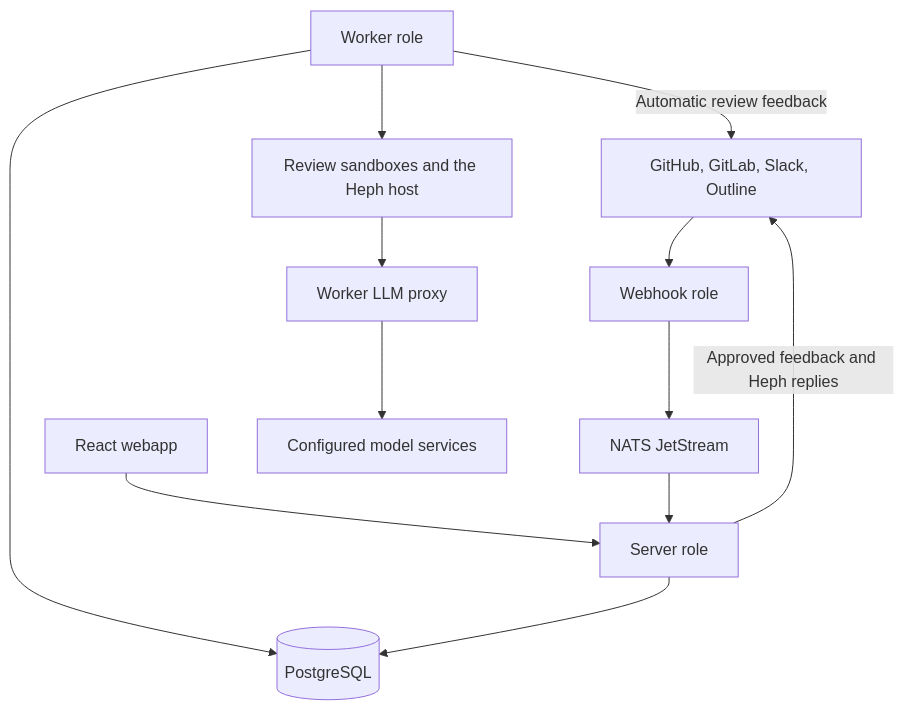
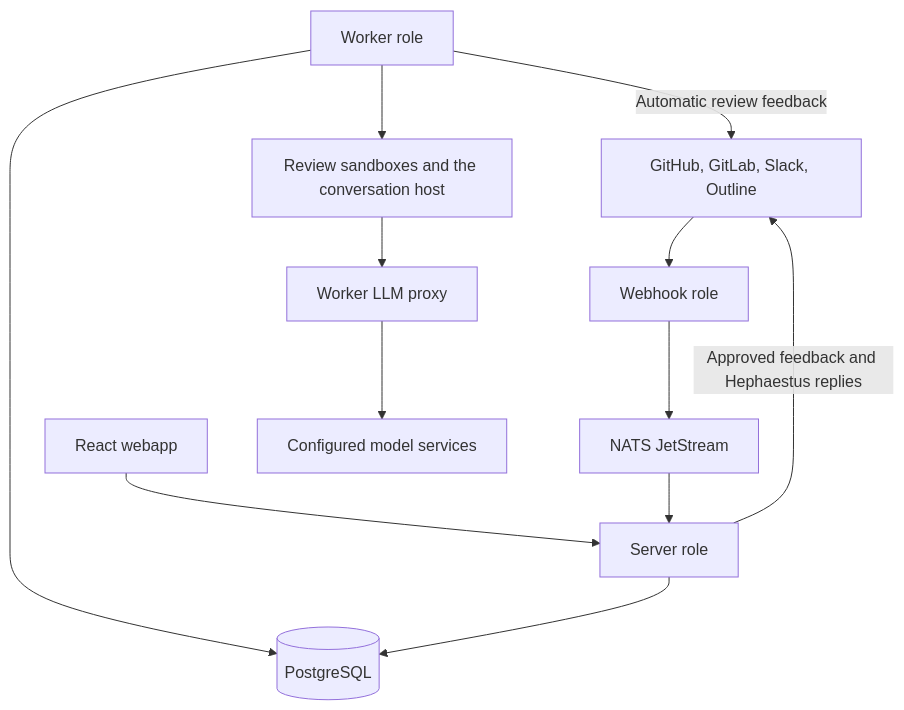
One commit to hephaestus-build/Hephaestus changed the first of 3 diagrams in docs/contributor/system-design.mdx. Above: the diagram before and after it, drawn with Mermaid. The commit also changed other lines of this file and 385 other files, not shown here.

Commit message:
feat(webapp): name the conversation area Ask Hephaestus

````diff
--- a/docs/contributor/system-design.mdx
+++ b/docs/contributor/system-design.mdx
@@ -10,16 +10,16 @@
 ```mermaid
 flowchart TB
     accTitle: Hephaestus runtime topology
-    accDescr: The webapp calls the server. The webhook role verifies provider events and publishes them to NATS. The server consumes events and writes jobs and Heph turns to PostgreSQL. Workers claim them from PostgreSQL and run reviews in sandboxes and Heph turns in one Heph host each.
+    accDescr: The webapp calls the server. The webhook role verifies provider events and publishes them to NATS. The server consumes events and writes jobs and conversation turns to PostgreSQL. Workers claim them from PostgreSQL and run reviews in sandboxes and conversation turns in one conversation host each.
     Providers[GitHub, GitLab, Slack, Outline] --> Webhook[Webhook role]
     Webhook --> NATS[NATS JetStream]
     NATS --> Server[Server role]
     SPA[React webapp] --> Server
     Server --> DB[(PostgreSQL)]
     Worker[Worker role] --> DB
-    Worker --> Sandbox[Review sandboxes and the Heph host]
+    Worker --> Sandbox[Review sandboxes and the conversation host]
     Sandbox --> Proxy[Worker LLM proxy]
     Proxy --> Models[Configured model services]
     Worker -->|Automatic review feedback| Providers
-    Server -->|Approved feedback and Heph replies| Providers
+    Server -->|Approved feedback and Hephaestus replies| Providers
 ```
````
